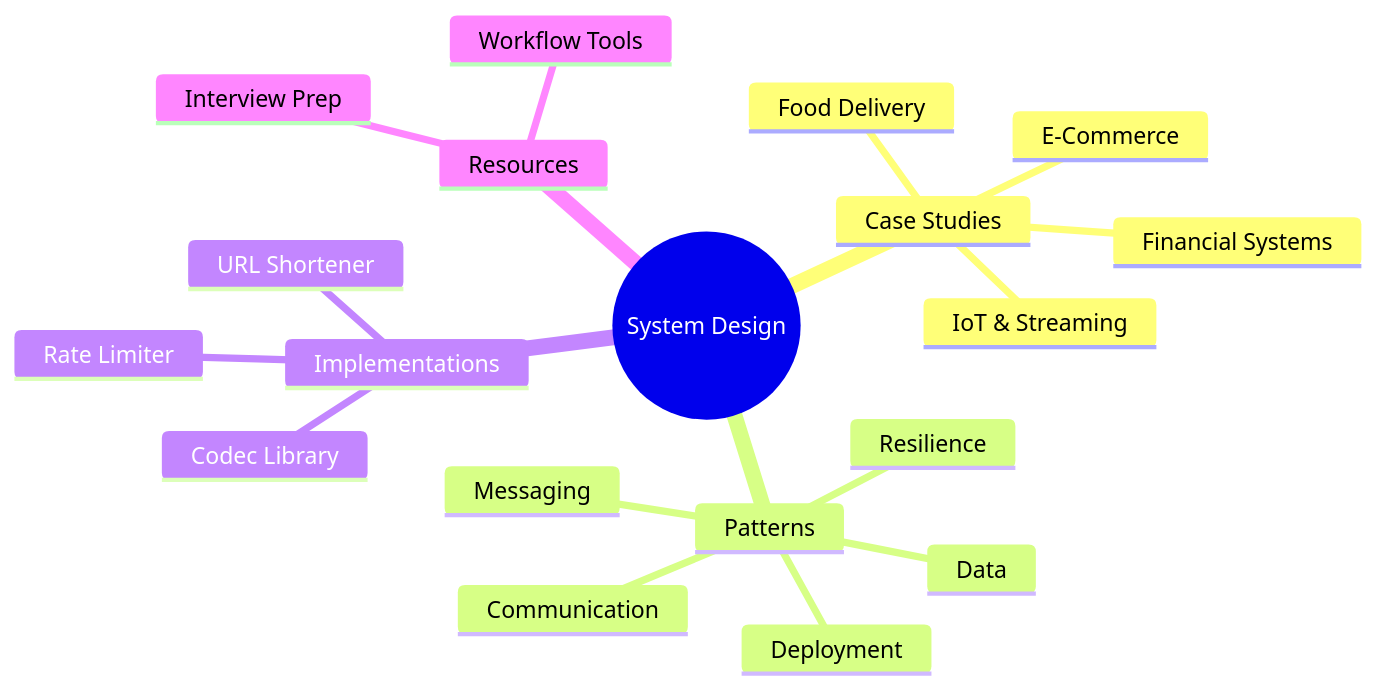
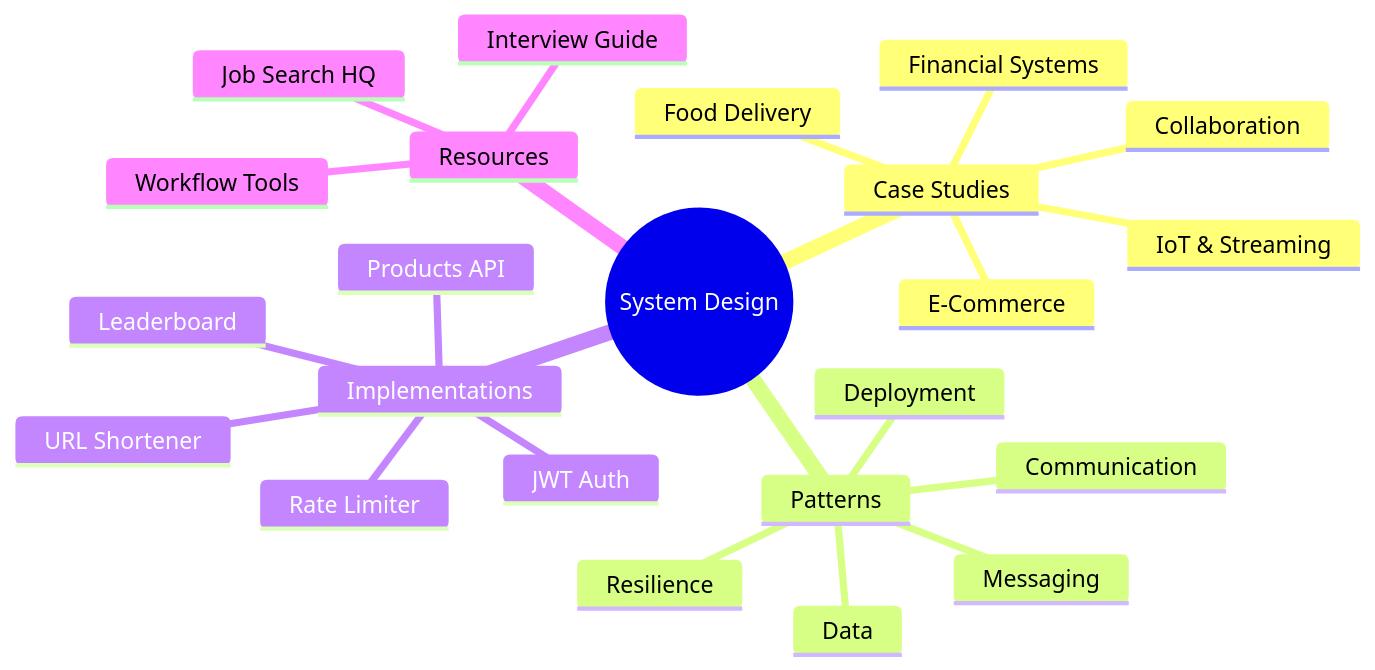
The first of 5 diagrams in README.md (bindian0509/system-design), drawn with Mermaid before and after one commit. The commit also changed other lines of this file, not shown here.

Commit message:
docs: Update README with new projects - leaderboard, collaborative-editor, issue-tracker, jwt-auth, products-api, system-design-interview-guide

````diff
--- a/README.md
+++ b/README.md
@@ -9,22 +9,26 @@
 ```mermaid
 mindmap
   root((System Design))
     Case Studies
       Financial Systems
       E-Commerce
       Food Delivery
       IoT & Streaming
+      Collaboration
     Patterns
       Communication
       Resilience
       Data
       Messaging
       Deployment
     Implementations
       URL Shortener
       Rate Limiter
-      Codec Library
+      Leaderboard
+      JWT Auth
+      Products API
     Resources
-      Interview Prep
+      Interview Guide
+      Job Search HQ
       Workflow Tools
 ```
````
